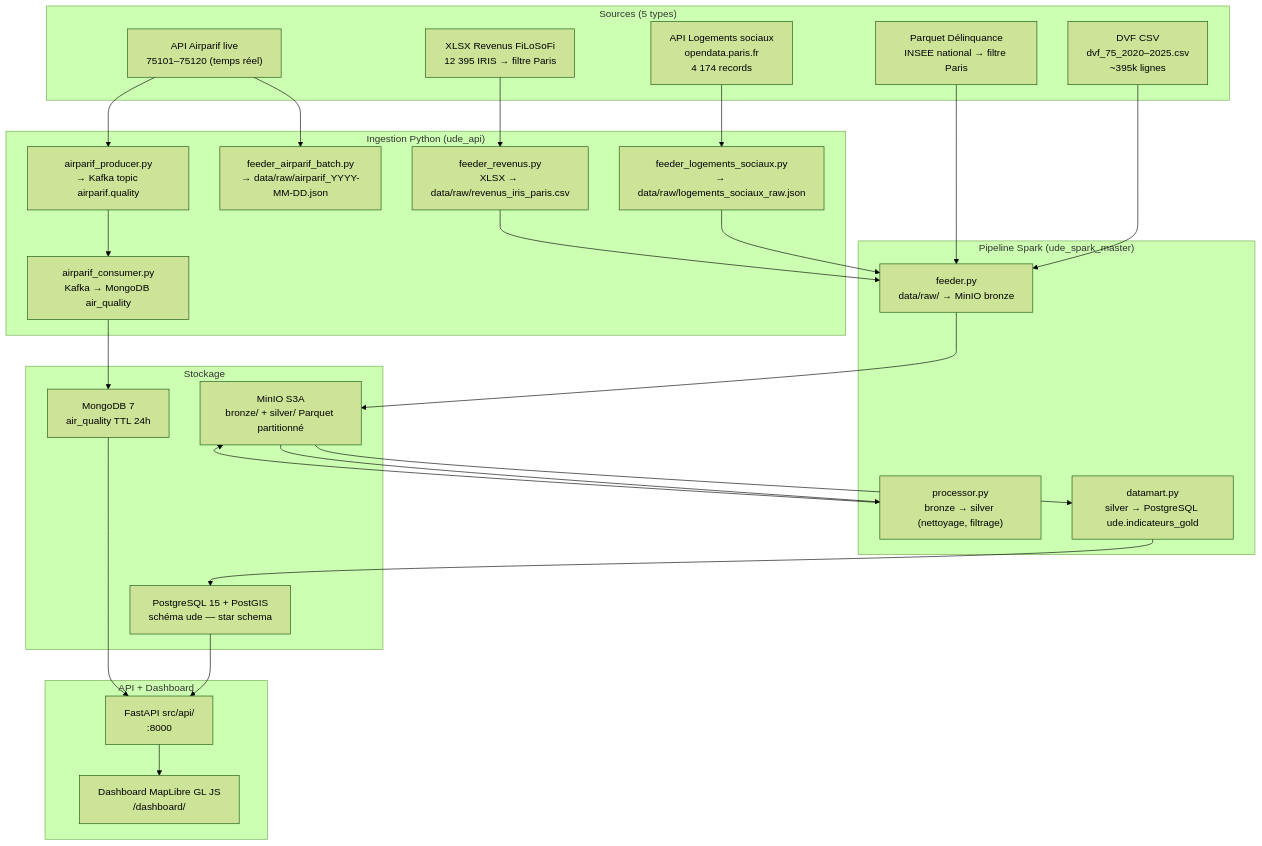
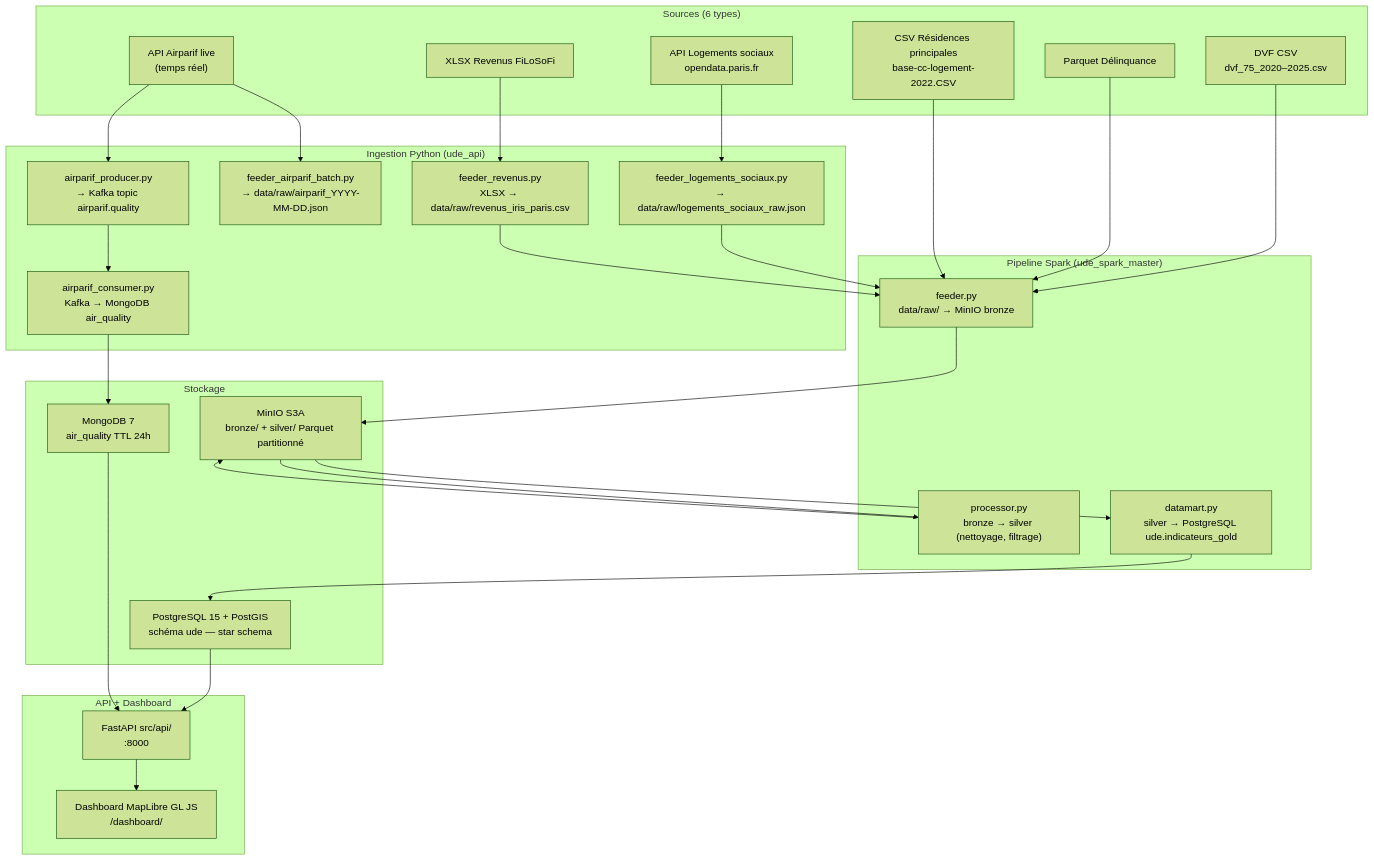
Before and after one commit to takhanhvy/Paris-Urban-Data-Explorer: the diagram in docs/architecture.md, drawn with Mermaid (forest theme). The commit also changed other lines of this file and 1 other file, not shown here.

Commit message:
fix(docs): update sources and descriptions in architecture documentation

````diff
--- a/docs/architecture.md
+++ b/docs/architecture.md
@@ -5,50 +5,52 @@
 ```mermaid
 flowchart TD
-    subgraph SOURCES["Sources (5 types)"]
-        DVF["DVF CSV<br/>dvf_75_2020–2025.csv<br/>~395k lignes"]
-        LOG["API Logements sociaux<br/>opendata.paris.fr<br/>4 174 records"]
-        DEL["Parquet Délinquance<br/>INSEE national → filtre Paris"]
-        REV["XLSX Revenus FiLoSoFi<br/>12 395 IRIS → filtre Paris"]
-        AIR["API Airparif live<br/>75101–75120 (temps réel)"]
+    subgraph SOURCES["Sources (6 types)"]
+        DVF["DVF CSV<br/>dvf_75_2020–2025.csv<br/>"]
+        LOG["API Logements sociaux<br/>opendata.paris.fr<br/>"]
+        DEL["Parquet Délinquance<br/>"]
+        REV["XLSX Revenus FiLoSoFi<br/>"]
+        AIR["API Airparif live<br/>(temps réel)"]
+        RP["CSV Résidences principales<br/>base-cc-logement-2022.CSV<br/>"]
     end
 
     subgraph INGEST["Ingestion Python (ude_api)"]
         FL["feeder_logements_sociaux.py<br/>→ data/raw/logements_sociaux_raw.json"]
         FA["feeder_airparif_batch.py<br/>→ data/raw/airparif_YYYY-MM-DD.json"]
         FR["feeder_revenus.py<br/>XLSX → data/raw/revenus_iris_paris.csv"]
         SP["airparif_producer.py<br/>→ Kafka topic airparif.quality"]
         SC["airparif_consumer.py<br/>Kafka → MongoDB air_quality"]
     end
 
     subgraph SPARK["Pipeline Spark (ude_spark_master)"]
         SF["feeder.py<br/>data/raw/ → MinIO bronze"]
         SP2["processor.py<br/>bronze → silver (nettoyage, filtrage)"]
         SD["datamart.py<br/>silver → PostgreSQL ude.indicateurs_gold"]
     end
 
     subgraph STORAGE["Stockage"]
         MINIO["MinIO S3A<br/>bronze/ + silver/ Parquet partitionné"]
         PG["PostgreSQL 15 + PostGIS<br/>schéma ude — star schema"]
         MG["MongoDB 7<br/>air_quality TTL 24h"]
     end
 
     subgraph API["API + Dashboard"]
         FAPI["FastAPI src/api/<br/>:8000"]
         DASH["Dashboard MapLibre GL JS<br/>/dashboard/"]
     end
 
     DVF --> SF
     DEL --> SF
+    RP --> SF
     LOG --> FL --> SF
     REV --> FR --> SF
     AIR --> SP --> SC --> MG
     AIR --> FA
 
     SF --> MINIO
     MINIO --> SP2 --> MINIO
     MINIO --> SD --> PG
 
     PG --> FAPI
     MG --> FAPI
     FAPI --> DASH
 ```
````
